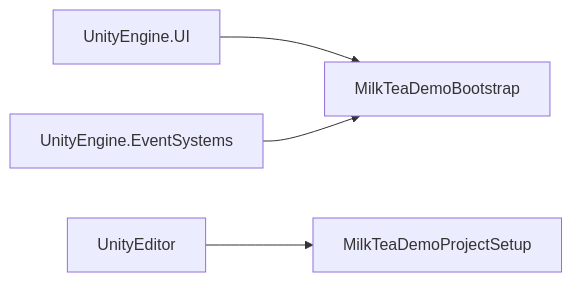
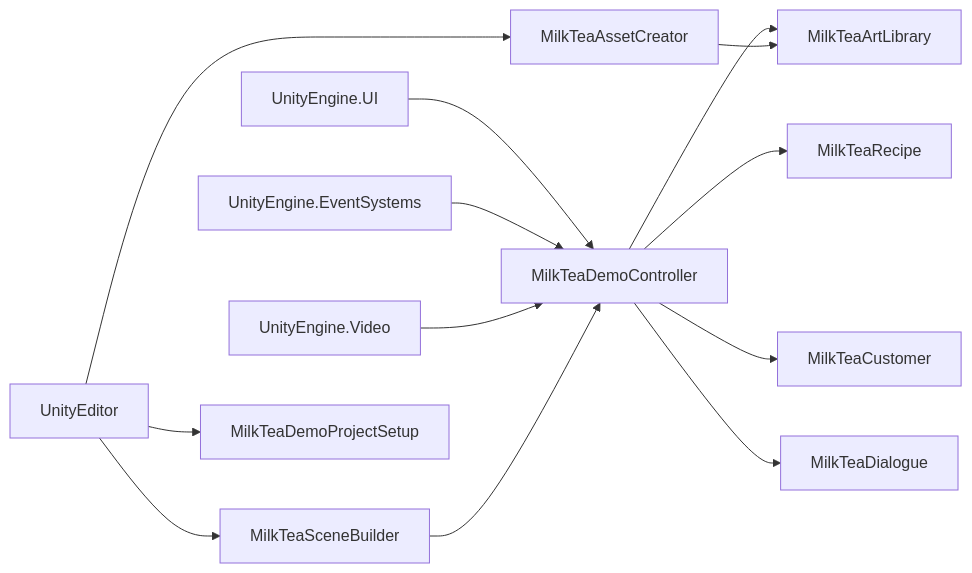
One commit to Thanatos42/-demo changed the sixth of 6 diagrams in .qoder/repowiki/zh/content/项目概述.md. Above: the diagram before and after it, drawn with Mermaid. The commit also changed other lines of this file and 16 other files, not shown here.

````diff
--- a/.qoder/repowiki/zh/content/项目概述.md
+++ b/.qoder/repowiki/zh/content/项目概述.md
@@ -241,6 +269,15 @@
 ```mermaid
 graph LR
-U["UnityEngine.UI"] --> B["MilkTeaDemoBootstrap"]
-E["UnityEngine.EventSystems"] --> B
-UE["UnityEditor"] --> S["MilkTeaDemoProjectSetup"]
+U["UnityEngine.UI"] --> C["MilkTeaDemoController"]
+E["UnityEngine.EventSystems"] --> C
+V["UnityEngine.Video"] --> C
+S["UnityEditor"] --> SB["MilkTeaSceneBuilder"]
+S --> AC["MilkTeaAssetCreator"]
+S --> PS["MilkTeaDemoProjectSetup"]
+C --> AL["MilkTeaArtLibrary"]
+C --> R["MilkTeaRecipe"]
+C --> CU["MilkTeaCustomer"]
+C --> D["MilkTeaDialogue"]
+SB --> C
+AC --> AL
 ```
````
